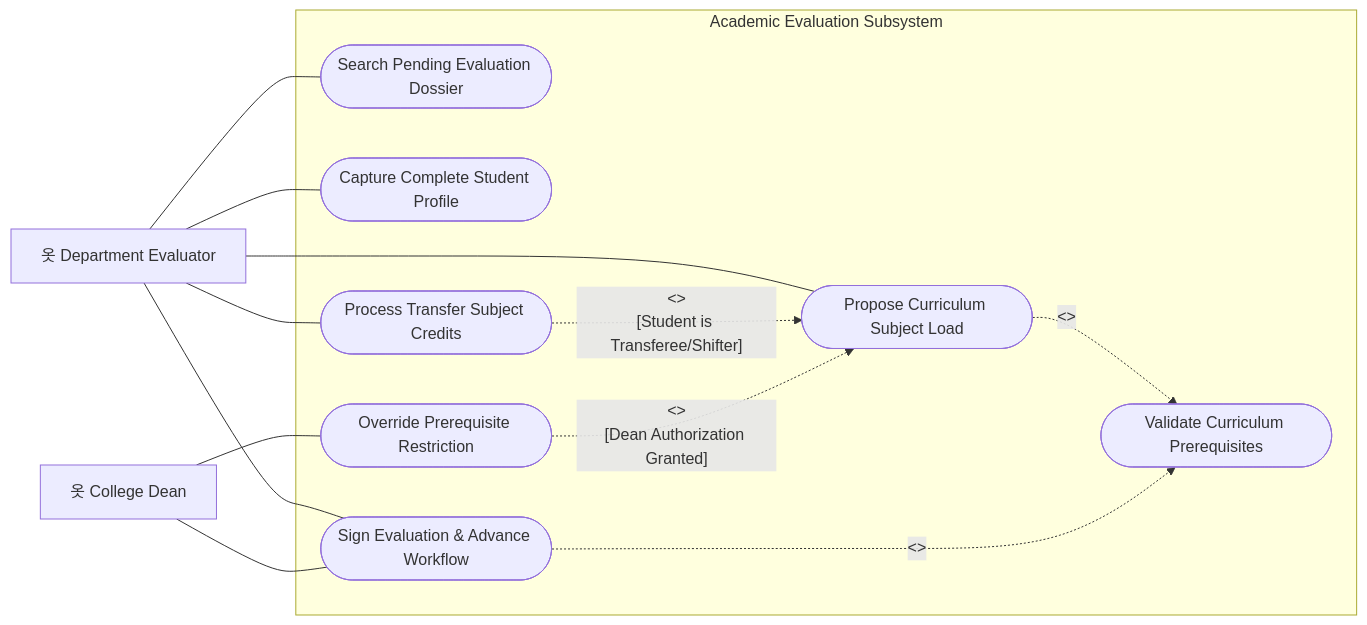
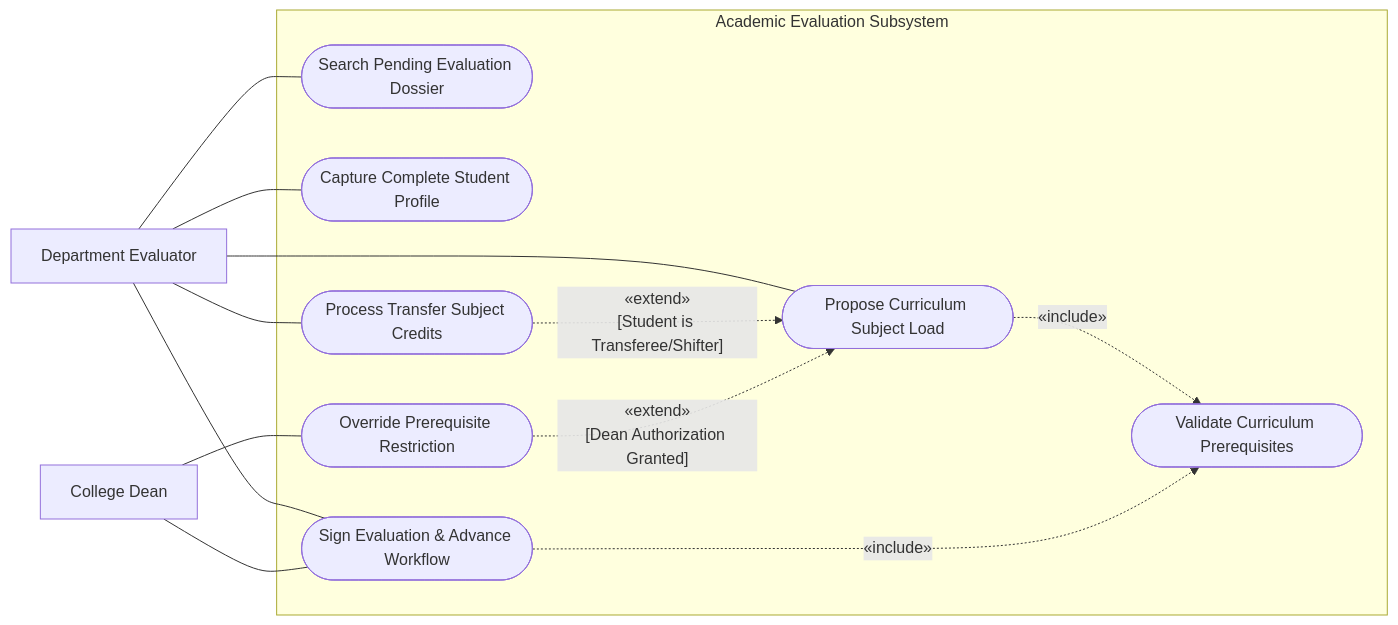
Before and after one commit to kirbygeagonia-create/EnrollmentManagementSystem: the eighth of 17 diagrams in Documentation/Use-Case-Diagram-Guide.md, drawn with Mermaid. The commit also changed other lines of this file and 51 other files, not shown here.

````diff
--- a/Documentation/Use-Case-Diagram-Guide.md
+++ b/Documentation/Use-Case-Diagram-Guide.md
@@ -400,29 +402,29 @@
 ```mermaid
 flowchart LR
-    A_Eva["옷 Department Evaluator"]
-    A_Dea["옷 College Dean"]
+    A_Eva["Department Evaluator"]
+    A_Dea["College Dean"]
 
     subgraph SYSTEM ["Academic Evaluation Subsystem"]
         UC_EV01(["Search Pending Evaluation Dossier"])
         UC_EV02(["Capture Complete Student Profile"])
         UC_EV03(["Propose Curriculum Subject Load"])
         UC_EV04(["Process Transfer Subject Credits"])
         UC_EV05(["Validate Curriculum Prerequisites"])
         UC_EV06(["Override Prerequisite Restriction"])
         UC_EV07(["Sign Evaluation & Advance Workflow"])
     end
 
     A_Eva --- UC_EV01
     A_Eva --- UC_EV02
     A_Eva --- UC_EV03
     A_Eva --- UC_EV04
     A_Eva --- UC_EV07
 
     A_Dea --- UC_EV06
     A_Dea --- UC_EV07
 
-    UC_EV03 -.->|"<<include>>"| UC_EV05
-    UC_EV04 -.->|"<<extend>>\n[Student is Transferee/Shifter]"| UC_EV03
-    UC_EV06 -.->|"<<extend>>\n[Dean Authorization Granted]"| UC_EV03
-    UC_EV07 -.->|"<<include>>"| UC_EV05
+    UC_EV03 -.->|"«include»"| UC_EV05
+    UC_EV04 -.->|"«extend»\n[Student is Transferee/Shifter]"| UC_EV03
+    UC_EV06 -.->|"«extend»\n[Dean Authorization Granted]"| UC_EV03
+    UC_EV07 -.->|"«include»"| UC_EV05
 ```
````
